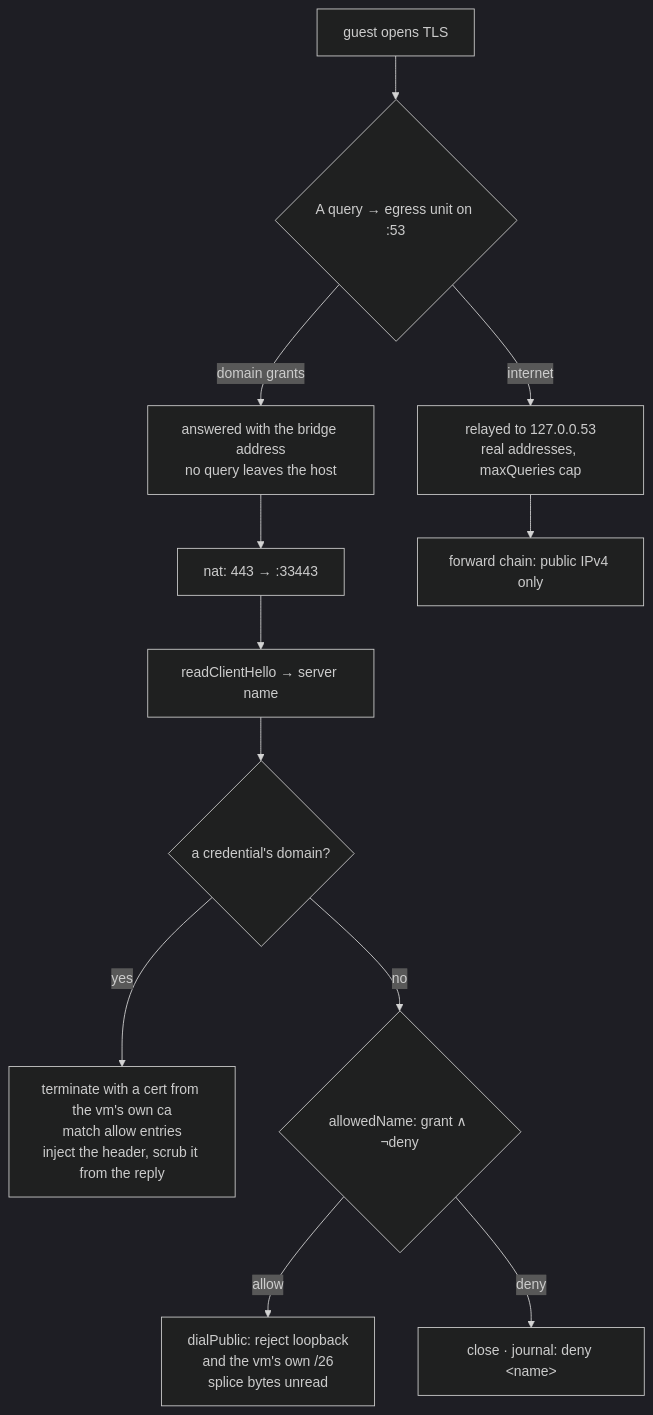
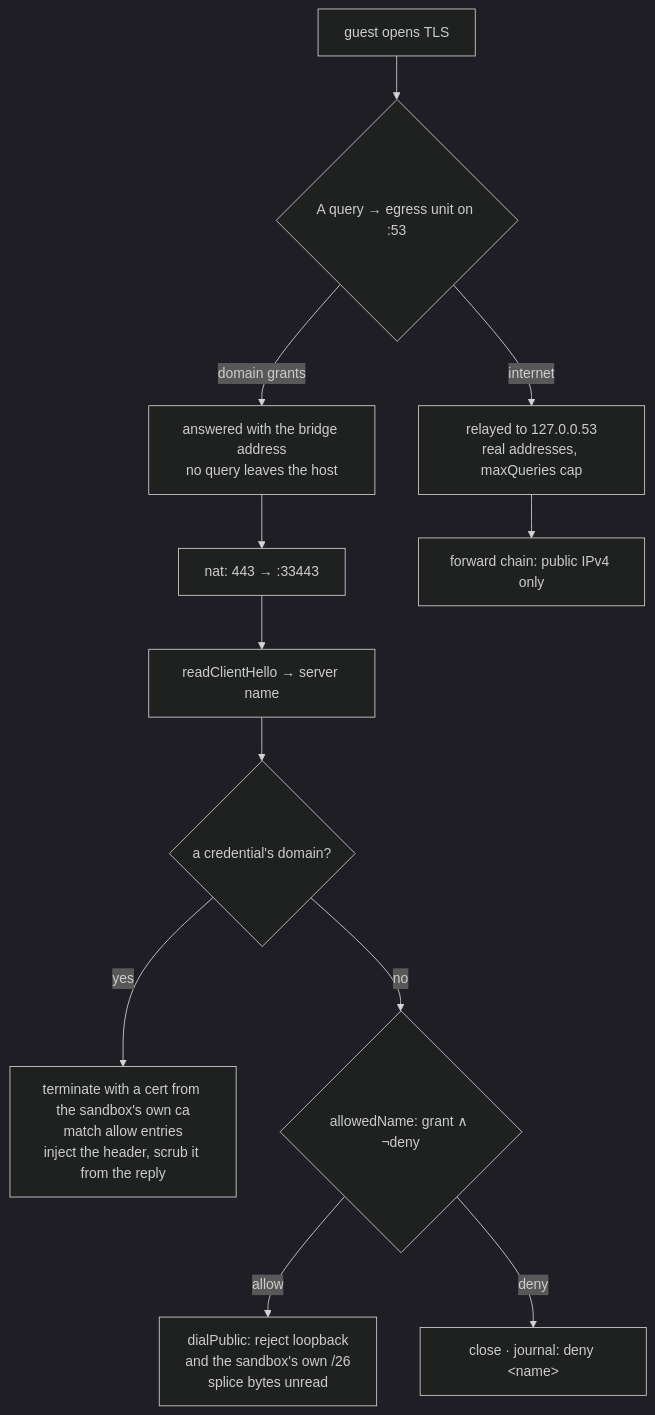
The first of 2 diagrams in docs/overview.md (fosskar/fencr), drawn with Mermaid (dark theme) before and after one commit. The commit also changed other lines of this file and 35 other files, not shown here.

````diff
--- a/docs/overview.md
+++ b/docs/overview.md
@@ -49,14 +49,14 @@
 ```mermaid
 flowchart TD
   G["guest opens TLS"] --> R{"A query → egress unit on :53"}
   R -->|domain grants| B["answered with the bridge address<br/>no query leaves the host"]
   R -->|"internet"| S["relayed to 127.0.0.53<br/>real addresses, maxQueries cap"]
   B --> N["nat: 443 → :33443"]
   S --> F["forward chain: public IPv4 only"]
   N --> H["readClientHello → server name"]
   H --> C{"a credential's domain?"}
-  C -->|yes| T["terminate with a cert from the vm's own ca<br/>match allow entries<br/>inject the header, scrub it from the reply"]
+  C -->|yes| T["terminate with a cert from the sandbox's own ca<br/>match allow entries<br/>inject the header, scrub it from the reply"]
   C -->|no| A{"allowedName: grant ∧ ¬deny"}
-  A -->|allow| P["dialPublic: reject loopback<br/>and the vm's own /26<br/>splice bytes unread"]
+  A -->|allow| P["dialPublic: reject loopback<br/>and the sandbox's own /26<br/>splice bytes unread"]
   A -->|deny| X["close · journal: deny &lt;name&gt;"]
 ```
````
